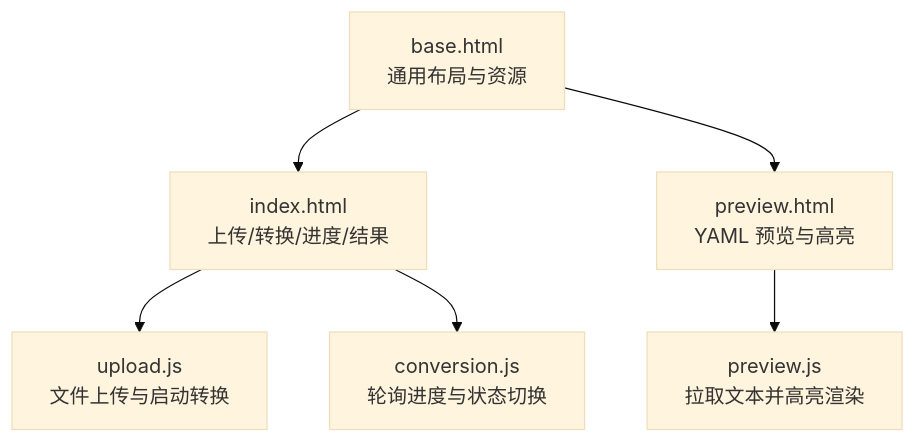
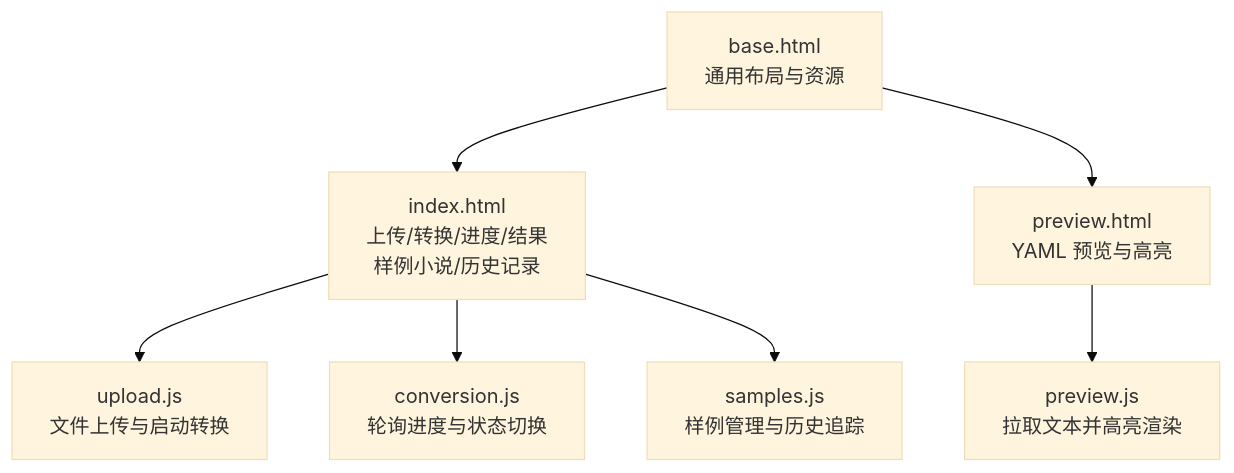
Before and after one commit to tjujingzong/Novel-to-Screenplay: the third of 9 diagrams in .qoder/repowiki/zh/content/前端界面/前端界面.md, drawn with Mermaid (base theme). The commit also changed other lines of this file and 21 other files, not shown here.

````diff
--- a/.qoder/repowiki/zh/content/前端界面/前端界面.md
+++ b/.qoder/repowiki/zh/content/前端界面/前端界面.md
@@ -173,8 +215,9 @@
 ```mermaid
 flowchart TD
-A["base.html<br/>通用布局与资源"] --> B["index.html<br/>上传/转换/进度/结果"]
+A["base.html<br/>通用布局与资源"] --> B["index.html<br/>上传/转换/进度/结果<br/>样例小说/历史记录"]
 A --> C["preview.html<br/>YAML 预览与高亮"]
 B --> D["upload.js<br/>文件上传与启动转换"]
 B --> E["conversion.js<br/>轮询进度与状态切换"]
-C --> F["preview.js<br/>拉取文本并高亮渲染"]
+B --> F["samples.js<br/>样例管理与历史追踪"]
+C --> G["preview.js<br/>拉取文本并高亮渲染"]
 ```
````
